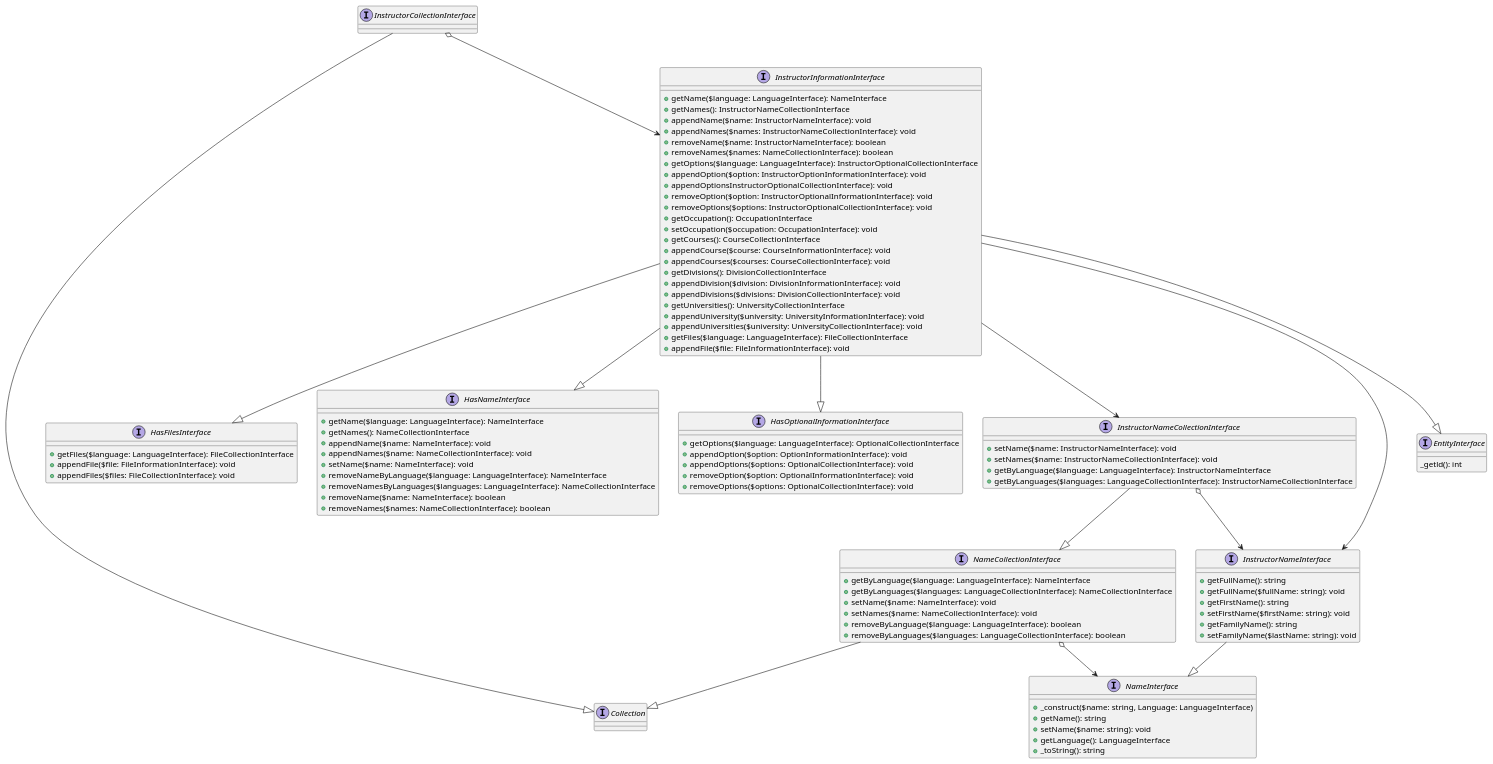
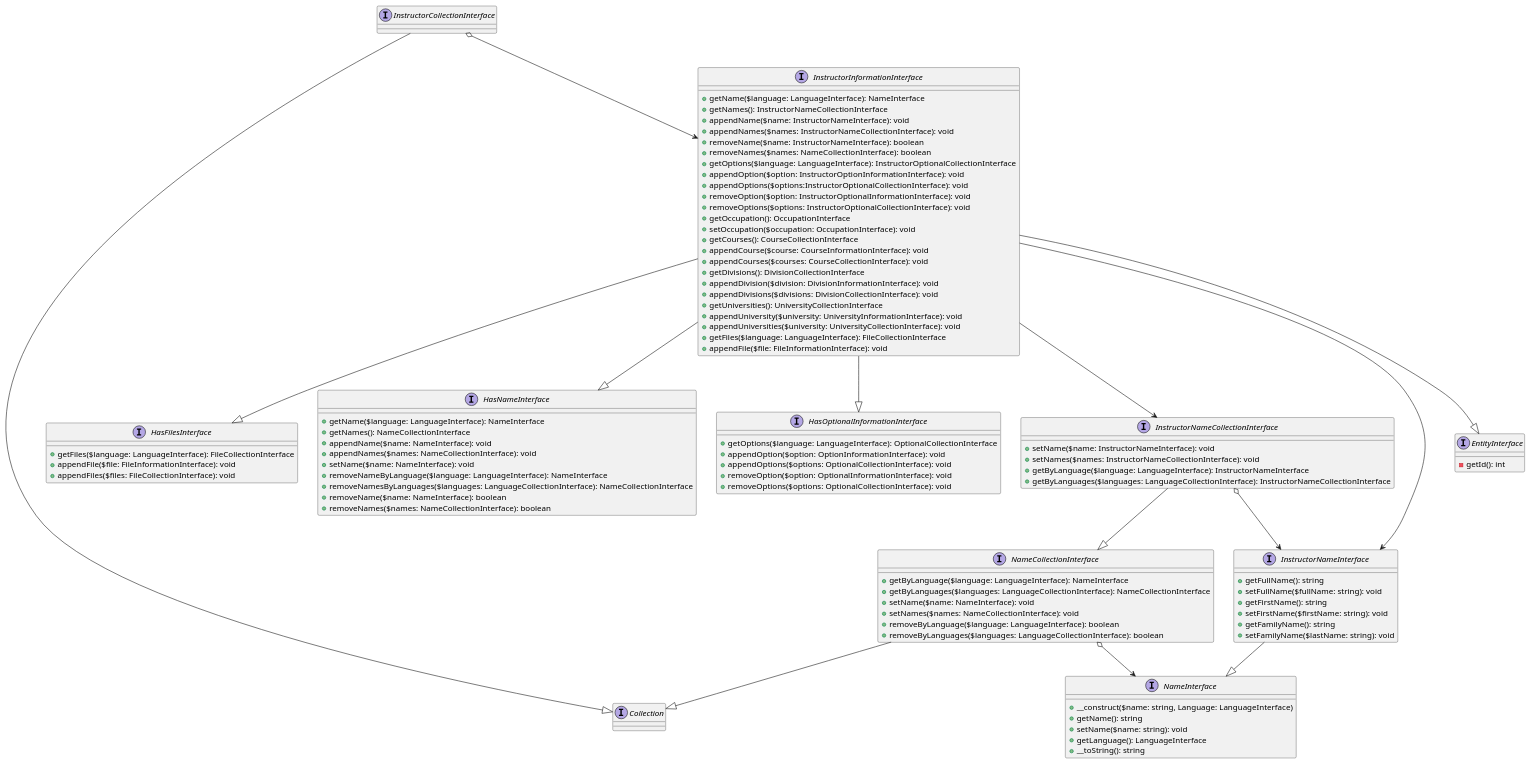
Before and after one commit to NUOCW/ocw-cms: the diagram in doc/diagram/NUOCW/CoreBundle/Entity/Instructor/InstructorInformationInterface.puml, drawn with PlantUML. The commit also changed 2 other files, not shown here.

```diff
--- a/doc/diagram/NUOCW/CoreBundle/Entity/Instructor/InstructorInformationInterface.puml
+++ b/doc/diagram/NUOCW/CoreBundle/Entity/Instructor/InstructorInformationInterface.puml
@@ -1,124 +1,124 @@
 @startuml
 
 interface InstructorCollectionInterface
 
 interface Collection
 
 interface EntityInterface {
-    _getld(): int
+    -getId(): int
 }
 
 interface HasFilesInterface {
     +getFiles($language: LanguageInterface): FileCollectionInterface
     +appendFile($file: FileInformationInterface): void
     +appendFiles($files: FileCollectionInterface): void
 }
 
 interface HasNameInterface {
     +getName($language: LanguageInterface): NameInterface
     +getNames(): NameCollectionInterface
     +appendName($name: NameInterface): void
-    +appendNames($name: NameCollectionInterface): void
+    +appendNames($names: NameCollectionInterface): void
     +setName($name: NameInterface): void
     +removeNameByLanguage($language: LanguageInterface): NameInterface
-    +removeNamesByLanguages($languages: LanguageInterface): NameCollectionInterface
+    +removeNamesByLanguages($languages: LanguageCollectionInterface): NameCollectionInterface
     +removeName($name: NameInterface): boolean
     +removeNames($names: NameCollectionInterface): boolean
 }
 
 interface HasOptionalInformationInterface {
     +getOptions($language: LanguageInterface): OptionalCollectionInterface
     +appendOption($option: OptionInformationInterface): void
     +appendOptions($options: OptionalCollectionInterface): void
     +removeOption($option: OptionalInformationInterface): void
     +removeOptions($options: OptionalCollectionInterface): void
 }
 
 interface InstructorNameInterface {
     +getFullName(): string
-    +getFullName($fullName: string): void
+    +setFullName($fullName: string): void
     +getFirstName(): string
     +setFirstName($firstName: string): void
     +getFamilyName(): string
     +setFamilyName($lastName: string): void
 }
 
 interface InstructorNameCollectionInterface {
     +setName($name: InstructorNameInterface): void
-    +setNames($name: InstructorNameCollectionInterface): void
+    +setNames($names: InstructorNameCollectionInterface): void
     +getByLanguage($language: LanguageInterface): InstructorNameInterface
     +getByLanguages($languages: LanguageCollectionInterface): InstructorNameCollectionInterface
 }
 
 interface NameInterface {
-    +_construct($name: string, Language: LanguageInterface)
+    +__construct($name: string, Language: LanguageInterface)
     +getName(): string
     +setName($name: string): void
     +getLanguage(): LanguageInterface
-    +_toString(): string
+    +__toString(): string
 }
 
 interface NameCollectionInterface {
     +getByLanguage($language: LanguageInterface): NameInterface
     +getByLanguages($languages: LanguageCollectionInterface): NameCollectionInterface
     +setName($name: NameInterface): void
-    +setNames($name: NameCollectionInterface): void
+    +setNames($names: NameCollectionInterface): void
     +removeByLanguage($language: LanguageInterface): boolean
     +removeByLanguages($languages: LanguageCollectionInterface): boolean
 }
 
 interface InstructorInformationInterface {
     +getName($language: LanguageInterface): NameInterface
     +getNames(): InstructorNameCollectionInterface
     +appendName($name: InstructorNameInterface): void
     +appendNames($names: InstructorNameCollectionInterface): void
     +removeName($name: InstructorNameInterface): boolean
     +removeNames($names: NameCollectionInterface): boolean
     +getOptions($language: LanguageInterface): InstructorOptionalCollectionInterface
     +appendOption($option: InstructorOptionInformationInterface): void
-    +appendOptionsInstructorOptionalCollectionInterface): void
+    +appendOptions($options:InstructorOptionalCollectionInterface): void
     +removeOption($option: InstructorOptionalInformationInterface): void
     +removeOptions($options: InstructorOptionalCollectionInterface): void
     +getOccupation(): OccupationInterface
     +setOccupation($occupation: OccupationInterface): void
     +getCourses(): CourseCollectionInterface
     +appendCourse($course: CourseInformationInterface): void
     +appendCourses($courses: CourseCollectionInterface): void
     +getDivisions(): DivisionCollectionInterface
     +appendDivision($division: DivisionInformationInterface): void
     +appendDivisions($divisions: DivisionCollectionInterface): void
     +getUniversities(): UniversityCollectionInterface
     +appendUniversity($university: UniversityInformationInterface): void
     +appendUniversities($university: UniversityCollectionInterface): void
     +getFiles($language: LanguageInterface): FileCollectionInterface
     +appendFile($file: FileInformationInterface): void
 }
 
 InstructorCollectionInterface --|> Collection
 
 InstructorCollectionInterface o--> InstructorInformationInterface
 
 InstructorInformationInterface --|> EntityInterface
 
 InstructorInformationInterface --|> HasFilesInterface
 
 InstructorInformationInterface --|> HasNameInterface
 
 InstructorInformationInterface --|> HasOptionalInformationInterface
 
 InstructorInformationInterface --> InstructorNameInterface
 
 InstructorInformationInterface --> InstructorNameCollectionInterface
 
 InstructorNameInterface --|> NameInterface
 
 InstructorNameCollectionInterface o--> InstructorNameInterface
 
 InstructorNameCollectionInterface --|> NameCollectionInterface
 
 NameCollectionInterface o--> NameInterface
 
 NameCollectionInterface --|> Collection
 
 
 @enduml
```
